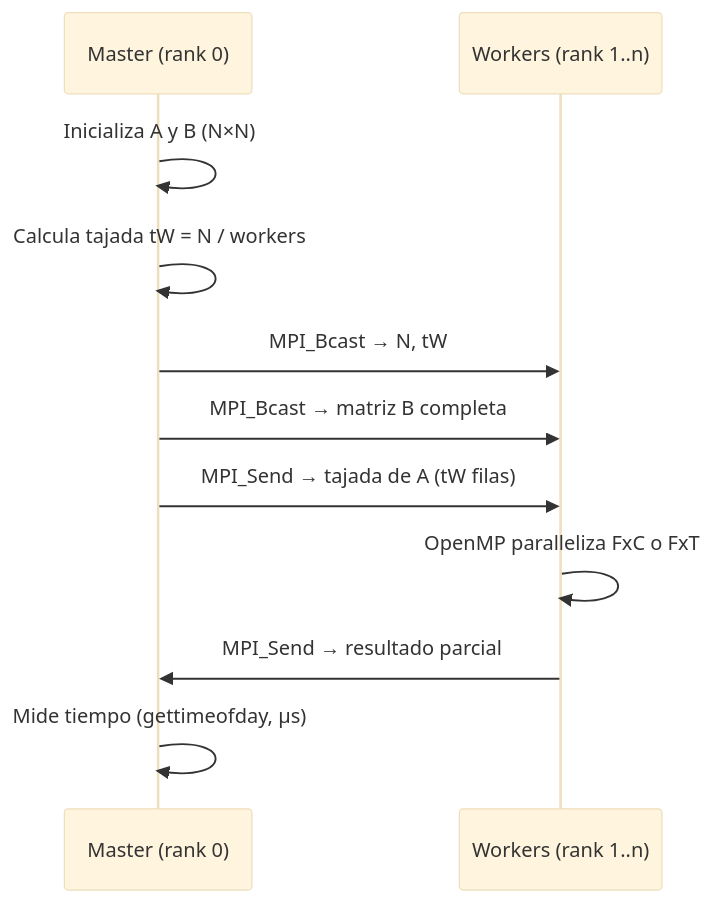
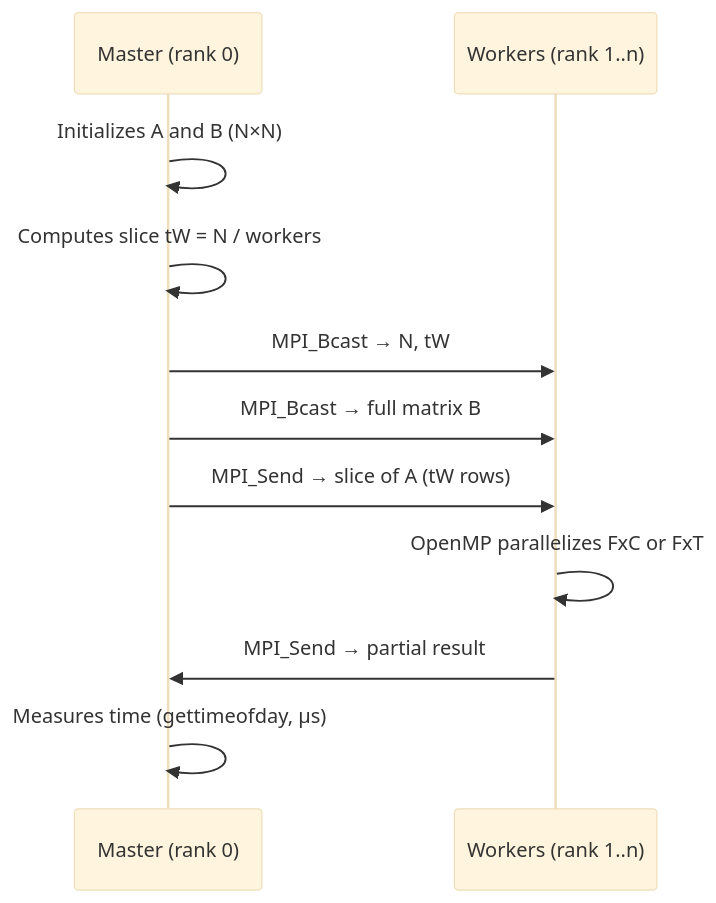
One commit to CarefreeHarp/DistributedSystems changed the third of 3 diagrams in MPI&OpenMP-PerformanceStudy/README.md. Above: the diagram before and after it, drawn with Mermaid (base theme). The commit also changed other lines of this file and 3 other files, not shown here.

````diff
--- a/MPI&OpenMP-PerformanceStudy/README.md
+++ b/MPI&OpenMP-PerformanceStudy/README.md
@@ -63,14 +63,14 @@
 ```mermaid
 sequenceDiagram
     participant M as Master (rank 0)
     participant W as Workers (rank 1..n)
 
-    M->>M: Inicializa A y B (N×N)
-    M->>M: Calcula tajada tW = N / workers
+    M->>M: Initializes A and B (N×N)
+    M->>M: Computes slice tW = N / workers
     M->>W: MPI_Bcast → N, tW
-    M->>W: MPI_Bcast → matriz B completa
-    M->>W: MPI_Send → tajada de A (tW filas)
-    W->>W: OpenMP paralleliza FxC o FxT
-    W->>M: MPI_Send → resultado parcial
-    M->>M: Mide tiempo (gettimeofday, µs)
+    M->>W: MPI_Bcast → full matrix B
+    M->>W: MPI_Send → slice of A (tW rows)
+    W->>W: OpenMP parallelizes FxC or FxT
+    W->>M: MPI_Send → partial result
+    M->>M: Measures time (gettimeofday, µs)
 ```
````
